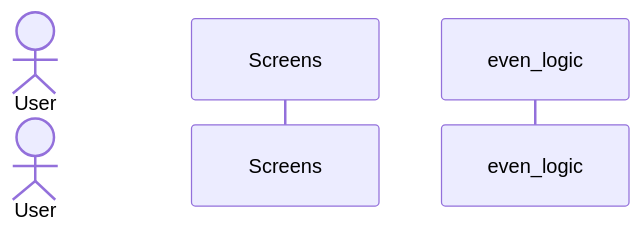
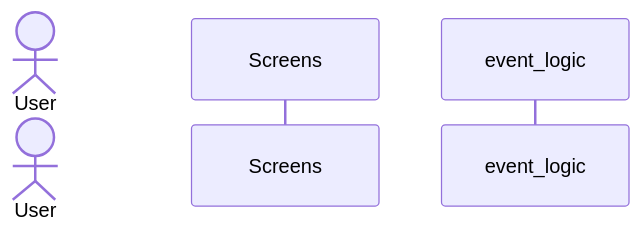
Before and after one commit to Sampinen/ot-harjoitusty-: the third of 3 diagrams in TodoApp/dokumentaatio/arkkitehtuuri.md, drawn with Mermaid. The commit also changed other lines of this file, not shown here.

````diff
--- a/TodoApp/dokumentaatio/arkkitehtuuri.md
+++ b/TodoApp/dokumentaatio/arkkitehtuuri.md
@@ -53,7 +54,8 @@
 ```mermaid
 sequenceDiagram
   actor User
   participant Screens
-  participant even_logic
+  participant event_logic
+  
 
 ```
````
